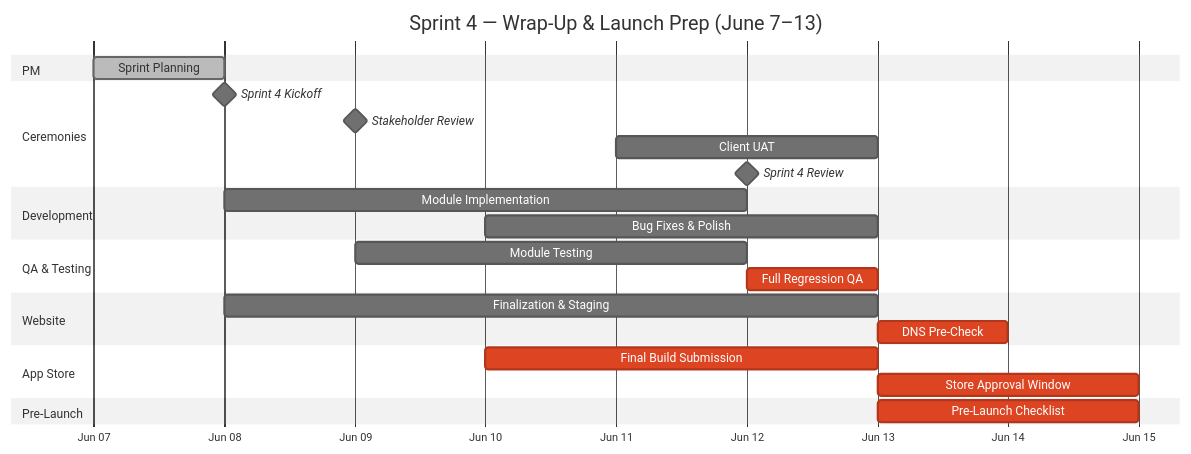
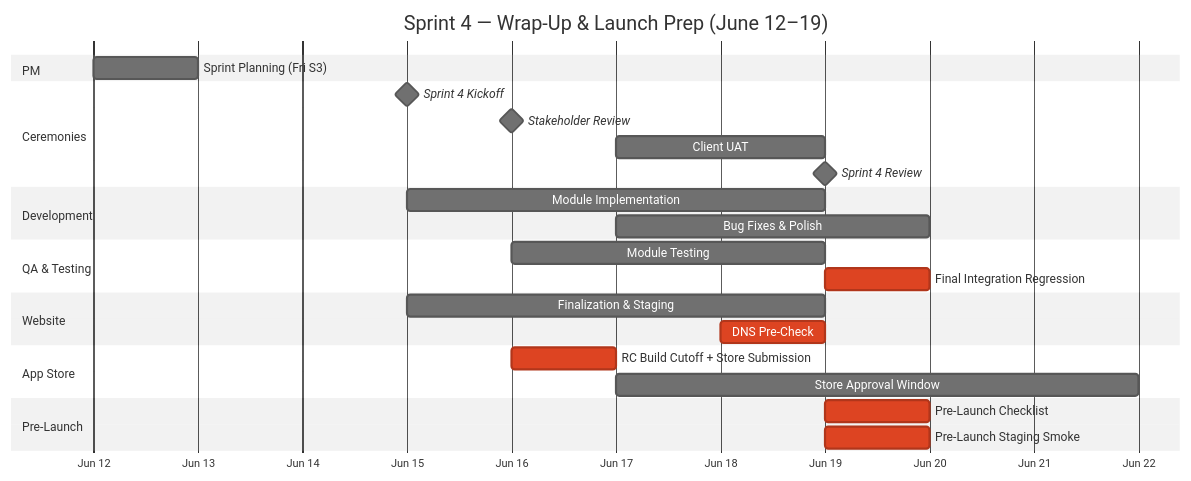
One commit to joachimtrungtuan/hairline-pm-docs changed the seventh of 8 diagrams in product-plans/2026-05-13/launch-plan.md. Above: the diagram before and after it, drawn with Mermaid (neutral theme). The commit also changed other lines of this file, not shown here.

````diff
--- a/product-plans/2026-05-13/launch-plan.md
+++ b/product-plans/2026-05-13/launch-plan.md
@@ -418,34 +843,35 @@
 ```mermaid
 gantt
-    title Sprint 4 — Wrap-Up & Launch Prep (June 7–13)
+    title Sprint 4 — Wrap-Up & Launch Prep (June 12–19)
     dateFormat YYYY-MM-DD
     axisFormat %b %d
 
     section PM
-    Sprint Planning          :done, 2026-06-07, 1d
+    Sprint Planning (Fri S3) :2026-06-12, 1d
 
     section Ceremonies
-    Sprint 4 Kickoff         :milestone, 2026-06-08, 0d
-    Stakeholder Review       :milestone, 2026-06-09, 0d
-    Client UAT               :uat, 2026-06-11, 2d
-    Sprint 4 Review          :milestone, 2026-06-12, 0d
+    Sprint 4 Kickoff         :milestone, 2026-06-15, 0d
+    Stakeholder Review       :milestone, 2026-06-16, 0d
+    Client UAT               :uat, 2026-06-17, 2d
+    Sprint 4 Review          :milestone, 2026-06-19, 0d
 
     section Development
-    Module Implementation    :dev4, 2026-06-08, 4d
-    Bug Fixes & Polish       :fix4, 2026-06-10, 3d
+    Module Implementation    :dev4, 2026-06-15, 4d
+    Bug Fixes & Polish       :fix4, 2026-06-17, 3d
 
     section QA & Testing
-    Module Testing           :qa4, 2026-06-09, 3d
-    Full Regression QA       :crit, regression, 2026-06-12, 1d
+    Module Testing           :qa4, 2026-06-16, 3d
+    Final Integration Regression  :crit, regression, 2026-06-19, 1d
 
     section Website
-    Finalization & Staging   :web4, 2026-06-08, 5d
-    DNS Pre-Check            :crit, webdns, 2026-06-13, 1d
+    Finalization & Staging   :web4, 2026-06-15, 4d
+    DNS Pre-Check            :crit, webdns, 2026-06-18, 1d
 
     section App Store
-    Final Build Submission   :crit, as4, 2026-06-10, 3d
-    Store Approval Window    :crit, asapproval, 2026-06-13, 2d
+    RC Build Cutoff + Store Submission :crit, as4, 2026-06-16, 1d
+    Store Approval Window    :asapproval, 2026-06-17, 5d
 
     section Pre-Launch
-    Pre-Launch Checklist     :crit, prelaunch, 2026-06-13, 2d
+    Pre-Launch Checklist     :crit, prelaunch, 2026-06-19, 1d
+    Pre-Launch Staging Smoke :crit, smoketest, 2026-06-19, 1d
 ```
````
